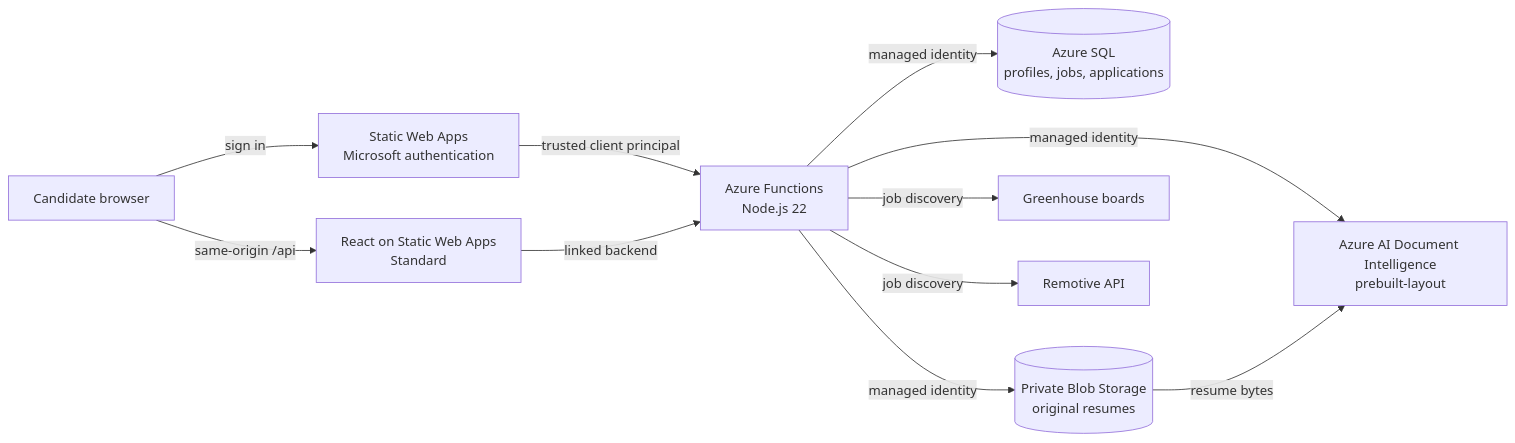
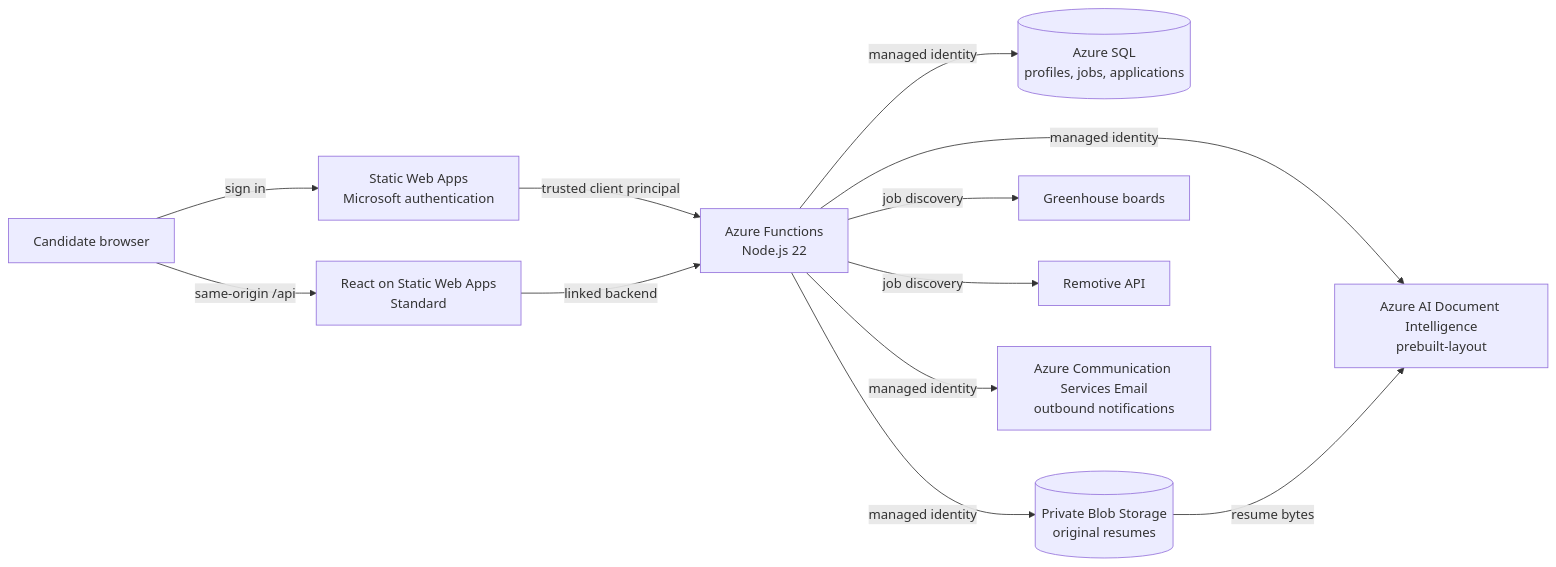
One commit to shivangsoni/resume_tool changed the first of 5 diagrams in ARCHITECTURE.md. Above: the diagram before and after it, drawn with Mermaid. The commit also changed other lines of this file and 13 other files, not shown here.

Commit message:
Add outbound application email notifications

````diff
--- a/ARCHITECTURE.md
+++ b/ARCHITECTURE.md
@@ -7,23 +7,25 @@
 ```mermaid
 flowchart LR
     Candidate[Candidate browser]
     Auth[Static Web Apps<br/>Microsoft authentication]
     SWA[React on Static Web Apps<br/>Standard]
     API[Azure Functions<br/>Node.js 22]
     SQL[(Azure SQL<br/>profiles, jobs, applications)]
     Blob[(Private Blob Storage<br/>original resumes)]
     DocAI[Azure AI Document Intelligence<br/>prebuilt-layout]
     GH[Greenhouse boards]
     Remotive[Remotive API]
+    Email[Azure Communication Services Email<br/>outbound notifications]
 
     Candidate -->|sign in| Auth
     Candidate -->|same-origin /api| SWA
     Auth -->|trusted client principal| API
     SWA -->|linked backend| API
     API -->|managed identity| SQL
     API -->|managed identity| Blob
     API -->|managed identity| DocAI
     API -->|job discovery| GH
     API -->|job discovery| Remotive
+    API -->|managed identity| Email
     Blob -->|resume bytes| DocAI
 ```
````
